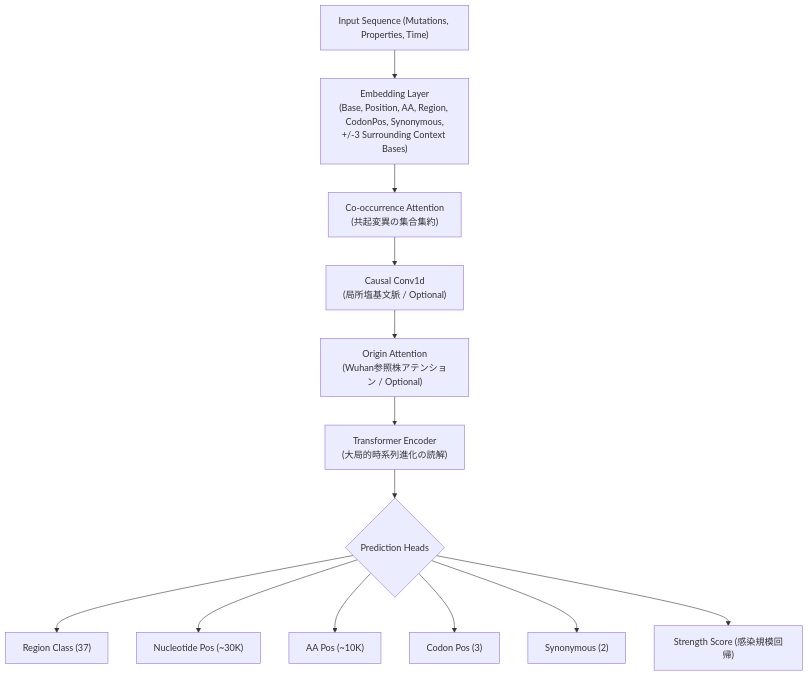
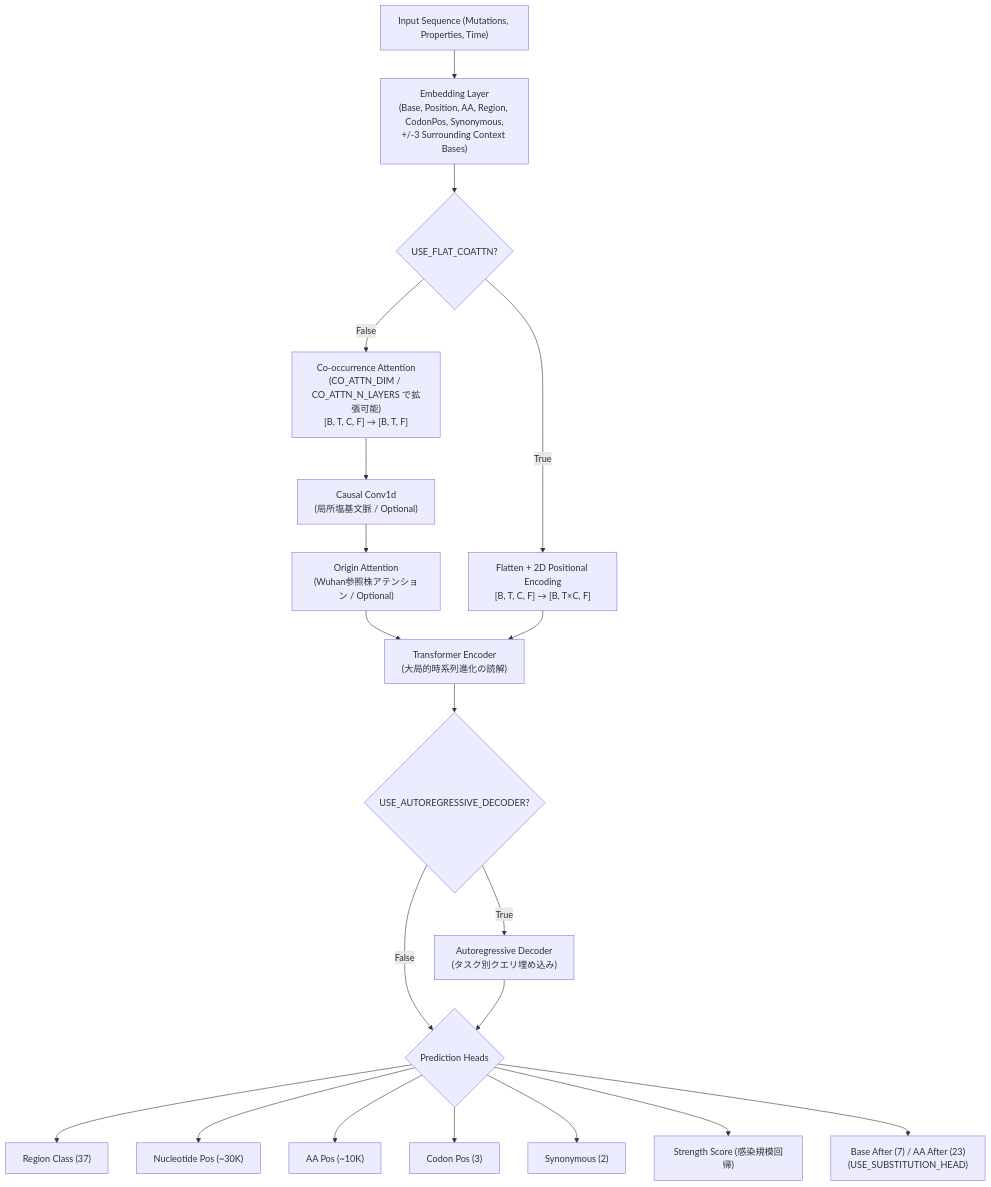
The diagram in README.md (take4ff/gmp), drawn with Mermaid before and after one commit. The commit also changed other lines of this file and 2 other files, not shown here.

Commit message:
refactor: standardize project structure and reorganize codebase within the transformer module

````diff
--- a/README.md
+++ b/README.md
@@ -32,15 +34,27 @@
 ```mermaid
 graph TD
     Input["Input Sequence (Mutations, Properties, Time)"] --> Embed["Embedding Layer\n(Base, Position, AA, Region, CodonPos, Synonymous,\n+/-3 Surrounding Context Bases)"]
-    Embed --> CoAttn["Co-occurrence Attention\n(共起変異の集合集約)"]
+
+    Embed --> FlatSwitch{USE_FLAT_COATTN?}
+    FlatSwitch -->|False| CoAttn["Co-occurrence Attention\n(CO_ATTN_DIM / CO_ATTN_N_LAYERS で拡張可能)\n[B, T, C, F] → [B, T, F]"]
+    FlatSwitch -->|True| FlatSeq["Flatten + 2D Positional Encoding\n[B, T, C, F] → [B, T×C, F]"]
+
     CoAttn --> Conv["Causal Conv1d\n(局所塩基文脈 / Optional)"]
     Conv --> OriAttn["Origin Attention\n(Wuhan参照株アテンション / Optional)"]
-    OriAttn --> Transformer["Transformer Encoder\n(大局的時系列進化の読解)"]
-    Transformer --> Heads{"Prediction Heads"}
+    OriAttn --> Transformer
+
+    FlatSeq --> Transformer["Transformer Encoder\n(大局的時系列進化の読解)"]
+
+    Transformer --> ARSwitch{USE_AUTOREGRESSIVE_DECODER?}
+    ARSwitch -->|False| Heads{"Prediction Heads"}
+    ARSwitch -->|True| ARDec["Autoregressive Decoder\n(タスク別クエリ埋め込み)"]
+    ARDec --> Heads
+
     Heads --> Out1["Region Class (37)"]
     Heads --> Out2["Nucleotide Pos (~30K)"]
     Heads --> Out3["AA Pos (~10K)"]
     Heads --> Out4["Codon Pos (3)"]
     Heads --> Out5["Synonymous (2)"]
     Heads --> Out6["Strength Score (感染規模回帰)"]
+    Heads --> Out7["Base After (7) / AA After (23)\n(USE_SUBSTITUTION_HEAD)"]
 ```
````
